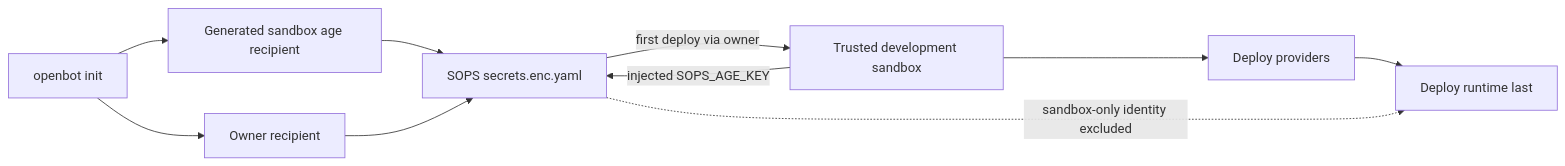
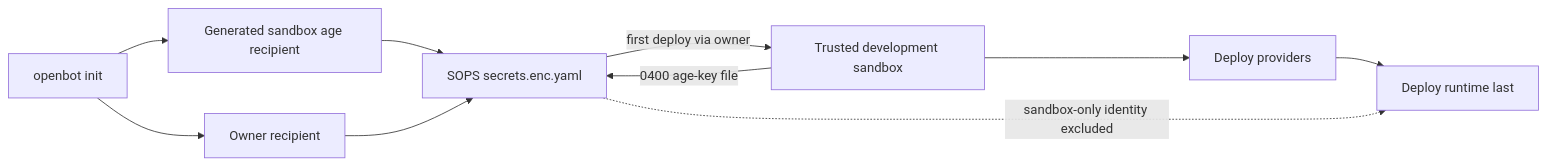
Before and after one commit to trytilde/dispatch: the diagram in docs/adrs/0007-sops-bootstrap-and-provider-init.md, drawn with Mermaid. The commit also changed other lines of this file and 138 other files, not shown here.

````diff
--- a/docs/adrs/0007-sops-bootstrap-and-provider-init.md
+++ b/docs/adrs/0007-sops-bootstrap-and-provider-init.md
@@ -39,12 +39,12 @@
 ```mermaid
 flowchart LR
   I["openbot init"] --> A["Generated sandbox age recipient"]
   I --> O["Owner recipient"]
   A --> S["SOPS secrets.enc.yaml"]
   O --> S
   S -->|"first deploy via owner"| D["Trusted development sandbox"]
-  D -->|"injected SOPS_AGE_KEY"| S
+  D -->|"0400 age-key file"| S
   D --> P["Deploy providers"]
   P --> R["Deploy runtime last"]
   S -. "sandbox-only identity excluded" .-> R
 ```
````
